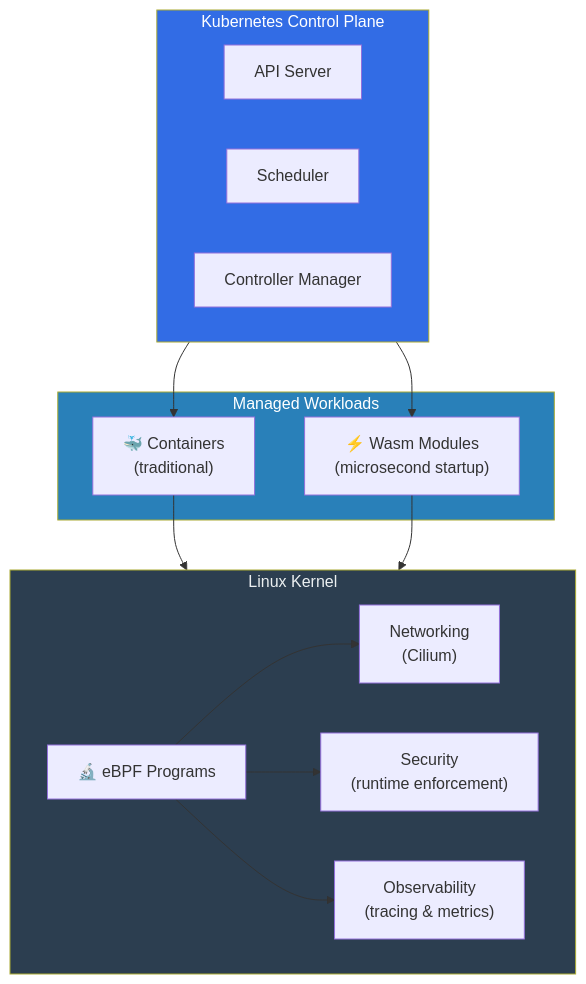
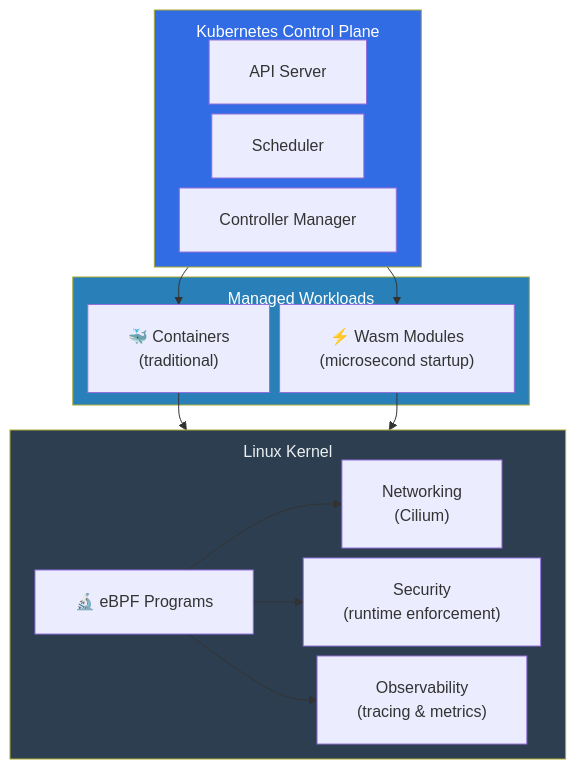
The second of 2 diagrams in Conclusion_Expanded.md (Alnour/kube_book), drawn with Mermaid before and after one commit. The commit also changed other lines of this file and 7 other files, not shown here.

First line of the commit message:
Fix Mermaid diagram sizing, layout, and label rendering

````diff
--- a/Conclusion_Expanded.md
+++ b/Conclusion_Expanded.md
@@ -72,28 +73,29 @@
 ```mermaid
+%%{init: {'flowchart': {'nodeSpacing': 10, 'rankSpacing': 25, 'padding': 20, 'subGraphTitleMargin': {'top': 10, 'bottom': 5}}}}%%
 graph TB
     subgraph ControlPlane["Kubernetes Control Plane"]
         API["API Server"]
         Sched["Scheduler"]
         CM["Controller Manager"]
     end
 
     subgraph Workloads["Managed Workloads"]
-        Containers["🐳 Containers\n(traditional)"]
-        Wasm["⚡ Wasm Modules\n(microsecond startup)"]
+        Containers["🐳 Containers<br/>(traditional)"]
+        Wasm["⚡ Wasm Modules<br/>(microsecond startup)"]
     end
 
     subgraph Kernel["Linux Kernel"]
         eBPF["🔬 eBPF Programs"]
-        Net["Networking\n(Cilium)"]
-        Sec["Security\n(runtime enforcement)"]
-        Obs["Observability\n(tracing & metrics)"]
+        Net["Networking<br/>(Cilium)"]
+        Sec["Security<br/>(runtime enforcement)"]
+        Obs["Observability<br/>(tracing & metrics)"]
         eBPF --> Net & Sec & Obs
     end
 
     ControlPlane --> Containers & Wasm
     Containers & Wasm --> Kernel
 
     style ControlPlane fill:#326ce5,color:#fff
     style Workloads fill:#2980b9,color:#fff
     style Kernel fill:#2c3e50,color:#ecf0f1
 ```
````
